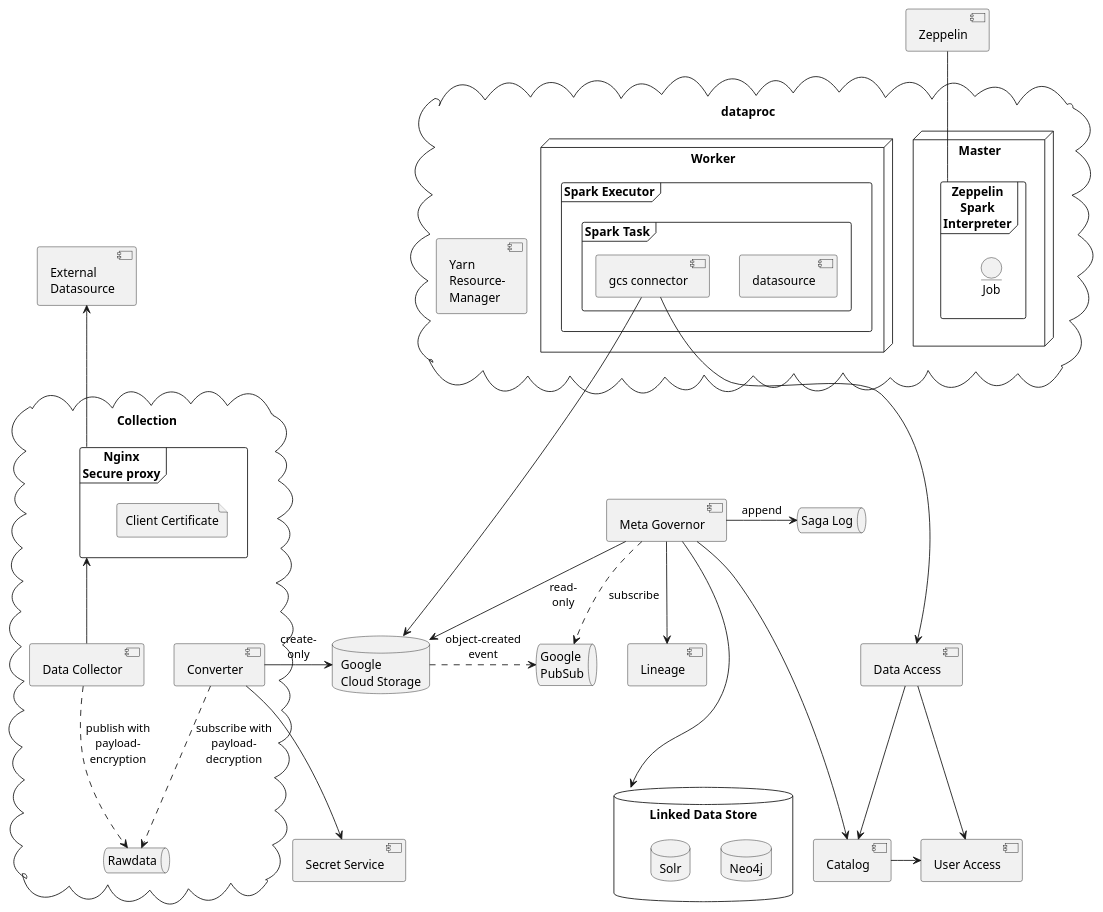
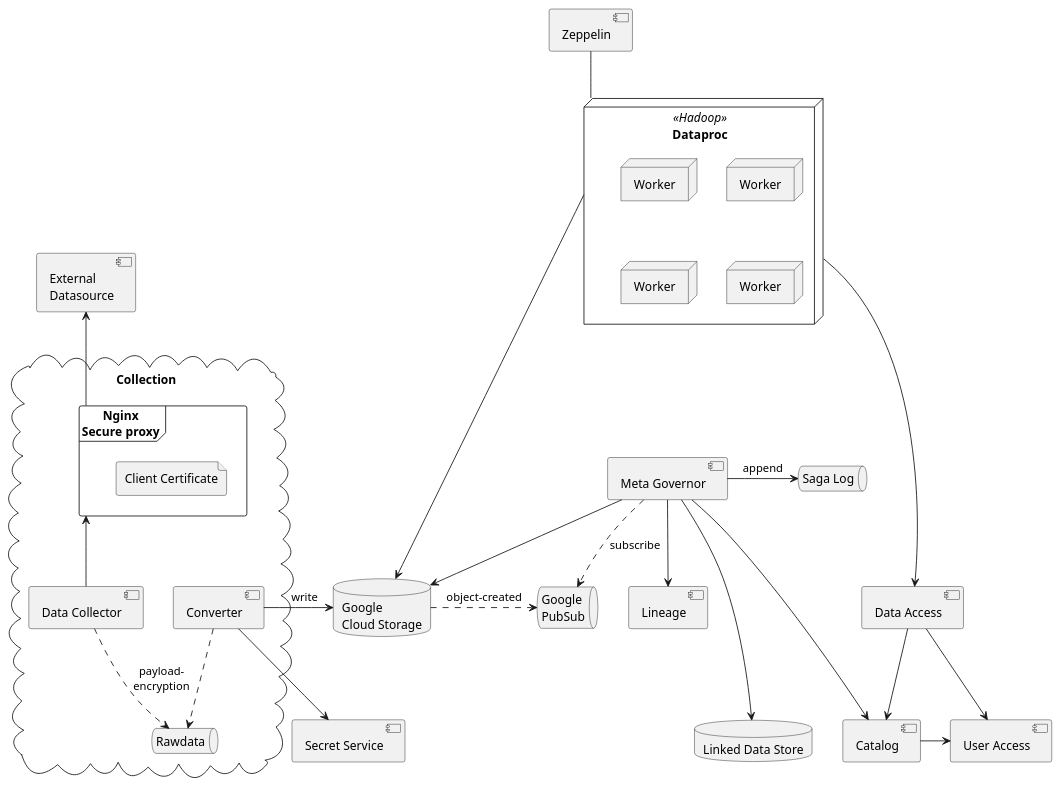
The diagram in doc/components.puml (statisticsnorway/dapla-project), drawn with PlantUML before and after one commit. The commit also changed 1 other file, not shown here.

Commit message:
dataproc details seperately

```diff
--- a/doc/components.puml
+++ b/doc/components.puml
@@ -1,71 +1,57 @@
 @startuml
 
 component "User Access" as user_access
 component "Catalog" as catalog
 component "Secret Service" as secret_service
 component "Lineage" as lineage
 component "Data Access" as data_access
 database "Linked Data Store" as lds {
-    database "Neo4j" as neo {
-    }
-    database "Solr" as solr {
-    }
 }
 database "Google\nCloud Storage" as gcs {
 }
-cloud "dataproc" as pkg_haadop {
-    [Yarn\nResource-\nManager] as yarn
-    node "Master" as masternode {
-        frame "Zeppelin\nSpark\nInterpreter" as interpreter {
-            entity "Job" as job
-        }
-    }
-    node "Worker" as worker {
-        frame "Spark Executor" as executor {
-            frame "Spark Task" as task {
-                component [datasource] as datasource
-                component [gcs connector] as gcs_connector_w
-                gcs_connector_w ---> gcs
-                gcs_connector_w ---> data_access
-            }
-        }
-    }
+node "Dataproc" <<Hadoop>> as dataproc {
+  node "Worker" as worker1
+  node "Worker" as worker2
+  node "Worker" as worker3
+  node "Worker" as worker4
 }
 component "Zeppelin" as zeppelin
 catalog -> user_access
 data_access --> catalog
 data_access --> user_access
 
-zeppelin -- interpreter
+zeppelin -- dataproc
+dataproc ----> gcs
+dataproc ----> data_access
 
 component "External\nDatasource" as source
 component [Meta Governor] as governor
 queue "Google\nPubSub" as pubsub {
 }
 queue "Saga Log" as sagalog {
 }
 cloud Collection {
     frame "Nginx\nSecure proxy" as sec_proxy {
         file "Client Certificate" as client_cert
     }
     component "Data Collector" as collector
     queue "Rawdata" as rawdata {
     }
     component "Converter" as converter
     collector -u-> sec_proxy
-    collector ..> rawdata : publish with\npayload-\nencryption
-    converter ..> rawdata : subscribe with\npayload-\ndecryption
-    converter -> gcs : create-\nonly
+    collector ..> rawdata : payload-\nencryption
+    converter ..> rawdata
+    converter -> gcs : "    write"
     converter --> secret_service
 }
 
-governor --> gcs : read-\nonly
+governor --> gcs
 governor --> lineage
 governor --> catalog
-gcs .> pubsub : object-created\nevent
+gcs .> pubsub : object-created
 governor .> pubsub : subscribe
 governor -> sagalog : append
 governor ---> lds
 sec_proxy -u-> source
 
 @enduml
```
